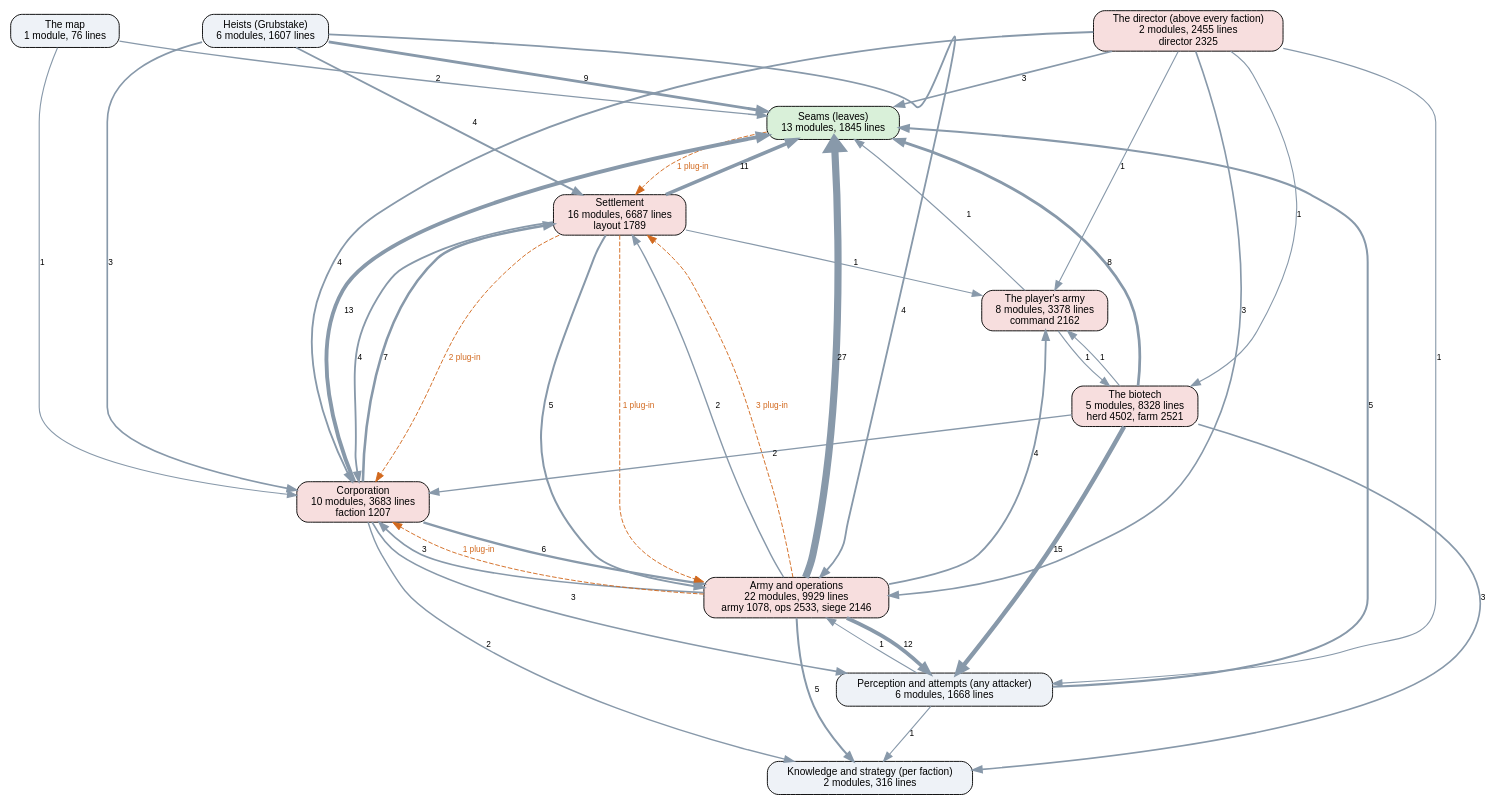
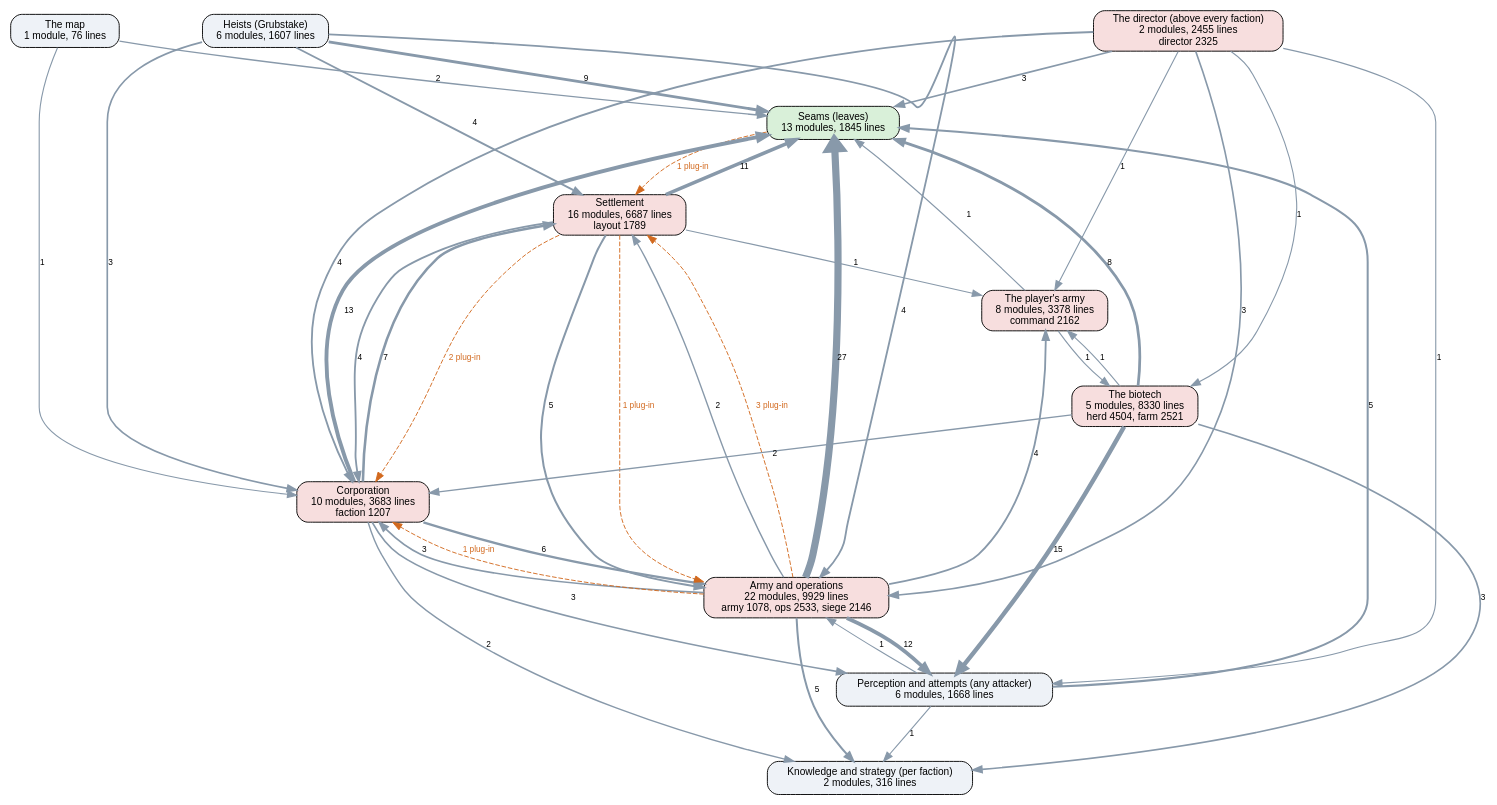
One commit to kinelhu/landing-party changed the diagram in docs/ai-layers.dot. Above: the diagram before and after it, drawn with Graphviz. The commit also changed 12 other files, not shown here.

```diff
--- a/docs/ai-layers.dot
+++ b/docs/ai-layers.dot
@@ -1,58 +1,58 @@
 digraph layers {
   graph [rankdir=TB, fontname="Helvetica", nodesep=0.5, ranksep=0.7];
   node [shape=box, style="rounded,filled", fontname="Helvetica", fontsize=11, fillcolor="#eef2f7"];
   edge [color="#8899aa", fontname="Helvetica", fontsize=9];
   "Seams (leaves)" [label="Seams (leaves)\n13 modules, 1845 lines", fillcolor="#d9f0d9"];
   "Perception and attempts (any attacker)" [label="Perception and attempts (any attacker)\n6 modules, 1668 lines", fillcolor="#eef2f7"];
   "Knowledge and strategy (per faction)" [label="Knowledge and strategy (per faction)\n2 modules, 316 lines", fillcolor="#eef2f7"];
   "The director (above every faction)" [label="The director (above every faction)\n2 modules, 2455 lines\ndirector 2325", fillcolor="#f7dede"];
   "Corporation" [label="Corporation\n10 modules, 3683 lines\nfaction 1207", fillcolor="#f7dede"];
   "Settlement" [label="Settlement\n16 modules, 6687 lines\nlayout 1789", fillcolor="#f7dede"];
   "Army and operations" [label="Army and operations\n22 modules, 9929 lines\narmy 1078, ops 2533, siege 2146", fillcolor="#f7dede"];
   "Heists (Grubstake)" [label="Heists (Grubstake)\n6 modules, 1607 lines", fillcolor="#eef2f7"];
-  "The biotech" [label="The biotech\n5 modules, 8328 lines\nherd 4502, farm 2521", fillcolor="#f7dede"];
+  "The biotech" [label="The biotech\n5 modules, 8330 lines\nherd 4504, farm 2521", fillcolor="#f7dede"];
   "The map" [label="The map\n1 module, 76 lines", fillcolor="#eef2f7"];
   "The player's army" [label="The player's army\n8 modules, 3378 lines\ncommand 2162", fillcolor="#f7dede"];
   "Army and operations" -> "Corporation" [label="3", penwidth=1.8];
   "Army and operations" -> "Knowledge and strategy (per faction)" [label="5", penwidth=2.2];
   "Army and operations" -> "Perception and attempts (any attacker)" [label="12", penwidth=4.0];
   "Army and operations" -> "Seams (leaves)" [label="27", penwidth=7.8];
   "Army and operations" -> "Settlement" [label="2", penwidth=1.5];
   "Army and operations" -> "The player's army" [label="4", penwidth=2.0];
   "Corporation" -> "Army and operations" [label="6", penwidth=2.5];
   "Corporation" -> "Knowledge and strategy (per faction)" [label="2", penwidth=1.5];
   "Corporation" -> "Perception and attempts (any attacker)" [label="3", penwidth=1.8];
   "Corporation" -> "Seams (leaves)" [label="13", penwidth=4.2];
   "Corporation" -> "Settlement" [label="7", penwidth=2.8];
   "Heists (Grubstake)" -> "Army and operations" [label="4", penwidth=2.0];
   "Heists (Grubstake)" -> "Corporation" [label="3", penwidth=1.8];
   "Heists (Grubstake)" -> "Seams (leaves)" [label="9", penwidth=3.2];
   "Heists (Grubstake)" -> "Settlement" [label="4", penwidth=2.0];
   "Perception and attempts (any attacker)" -> "Army and operations" [label="1", penwidth=1.2];
   "Perception and attempts (any attacker)" -> "Knowledge and strategy (per faction)" [label="1", penwidth=1.2];
   "Perception and attempts (any attacker)" -> "Seams (leaves)" [label="5", penwidth=2.2];
   "Settlement" -> "Army and operations" [label="5", penwidth=2.2];
   "Settlement" -> "Corporation" [label="4", penwidth=2.0];
   "Settlement" -> "Seams (leaves)" [label="11", penwidth=3.8];
   "Settlement" -> "The player's army" [label="1", penwidth=1.2];
   "The biotech" -> "Corporation" [label="2", penwidth=1.5];
   "The biotech" -> "Knowledge and strategy (per faction)" [label="3", penwidth=1.8];
   "The biotech" -> "Perception and attempts (any attacker)" [label="15", penwidth=4.8];
   "The biotech" -> "Seams (leaves)" [label="8", penwidth=3.0];
   "The biotech" -> "The player's army" [label="1", penwidth=1.2];
   "The director (above every faction)" -> "Army and operations" [label="3", penwidth=1.8];
   "The director (above every faction)" -> "Corporation" [label="4", penwidth=2.0];
   "The director (above every faction)" -> "Perception and attempts (any attacker)" [label="1", penwidth=1.2];
   "The director (above every faction)" -> "Seams (leaves)" [label="3", penwidth=1.8];
   "The director (above every faction)" -> "The biotech" [label="1", penwidth=1.2];
   "The director (above every faction)" -> "The player's army" [label="1", penwidth=1.2];
   "The map" -> "Corporation" [label="1", penwidth=1.2];
   "The map" -> "Seams (leaves)" [label="2", penwidth=1.5];
   "The player's army" -> "Seams (leaves)" [label="1", penwidth=1.2];
   "The player's army" -> "The biotech" [label="1", penwidth=1.2];
   "Army and operations" -> "Corporation" [style=dashed, color="#d2691e", fontcolor="#d2691e", label="1 plug-in"];
   "Army and operations" -> "Settlement" [style=dashed, color="#d2691e", fontcolor="#d2691e", label="3 plug-in"];
   "Seams (leaves)" -> "Settlement" [style=dashed, color="#d2691e", fontcolor="#d2691e", label="1 plug-in"];
   "Settlement" -> "Army and operations" [style=dashed, color="#d2691e", fontcolor="#d2691e", label="1 plug-in"];
   "Settlement" -> "Corporation" [style=dashed, color="#d2691e", fontcolor="#d2691e", label="2 plug-in"];
 }
```
